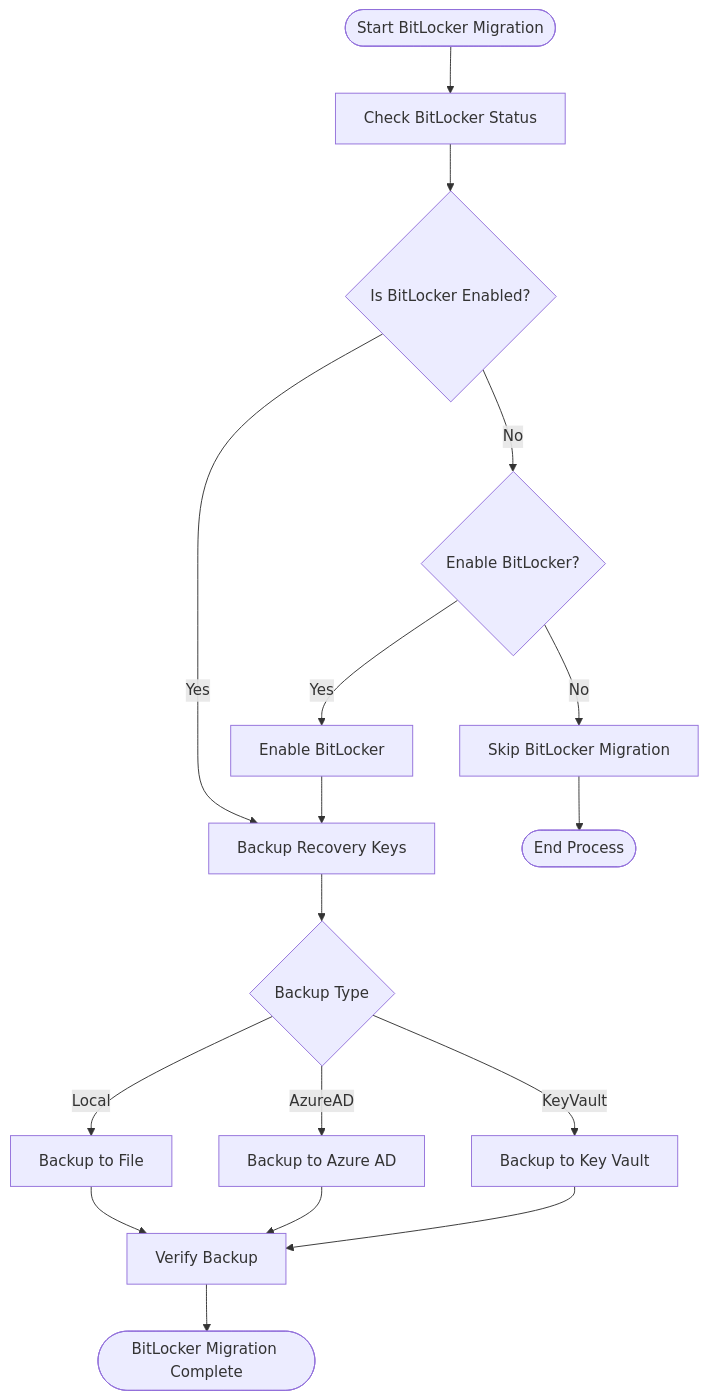
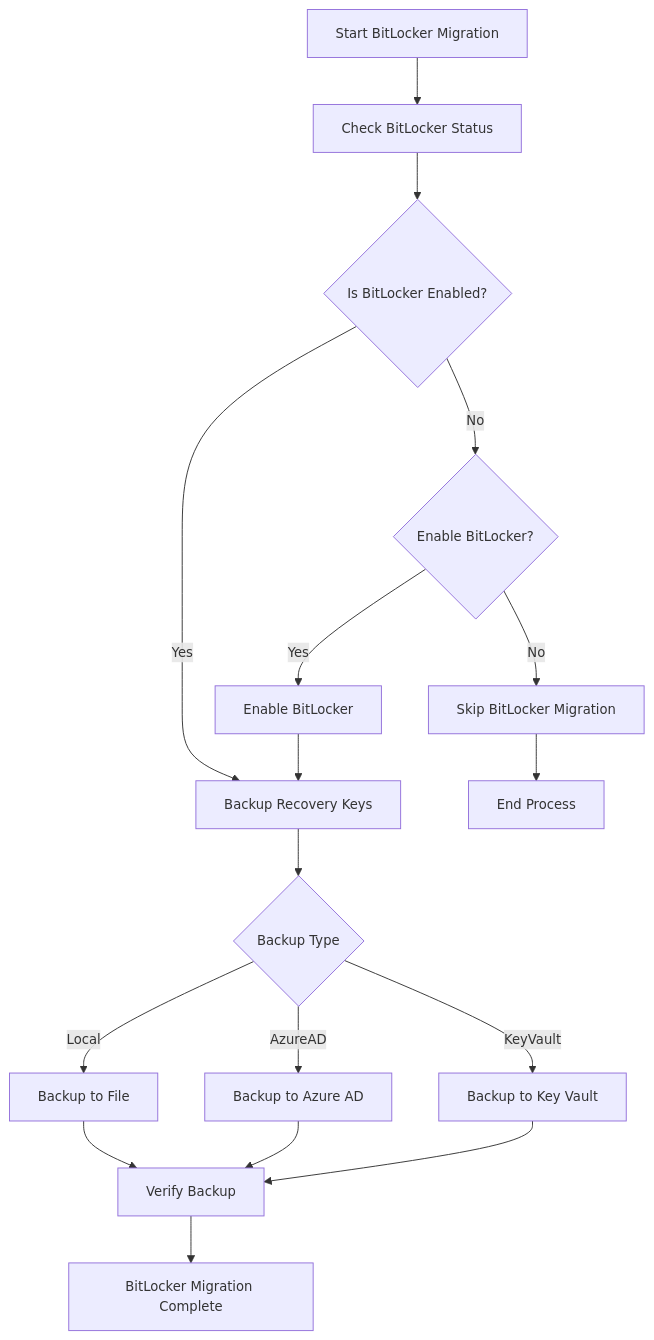
Before and after one commit to alphaminmax/Workspace-One-to-Azure-Intune-Migration-Toolkit-MVP-Edition: the second of 5 diagrams in docs/Workflow-Diagrams.md, drawn with Mermaid. The commit also changed other lines of this file and 10 other files, not shown here.

Commit message:
Added BitLocker-Management module

````diff
--- a/docs/Workflow-Diagrams.md
+++ b/docs/Workflow-Diagrams.md
@@ -24,19 +25,20 @@
 ```mermaid
-graph TD
-Start([Start BitLocker Migration]) --> CheckStatus[Check BitLocker Status]
-CheckStatus --> StatusCheck{Is BitLocker Enabled?}
-StatusCheck -->|Yes| BackupKeys[Backup Recovery Keys]
-StatusCheck -->|No| EnableCheck{Enable BitLocker?}
-EnableCheck -->|Yes| EnableBitLocker[Enable BitLocker]
-EnableCheck -->|No| Skip[Skip BitLocker Migration]
-EnableBitLocker --> BackupKeys
-BackupKeys --> BackupType{Backup Type}
-BackupType -->|Local| BackupToFile[Backup to File]
-BackupType -->|AzureAD| BackupToAzureAD[Backup to Azure AD]
-BackupType -->|KeyVault| BackupToKeyVault[Backup to Key Vault]
-BackupToFile --> Verify[Verify Backup]
-BackupToAzureAD --> Verify
-BackupToKeyVault --> Verify
-Verify --> Complete([BitLocker Migration Complete])
-Skip --> End([End Process])
+%%{init: {'theme': 'default', 'themeVariables': { 'primaryColor': '#5a7c9d', 'fontSize': '14px'}}}%%
+flowchart TD
+A[Start BitLocker Migration] --> B[Check BitLocker Status]
+B --> C{Is BitLocker Enabled?}
+C -->|Yes| D[Backup Recovery Keys]
+C -->|No| E{Enable BitLocker?}
+E -->|Yes| F[Enable BitLocker]
+E -->|No| G[Skip BitLocker Migration]
+F --> D
+D --> H{Backup Type}
+H -->|Local| I[Backup to File]
+H -->|AzureAD| J[Backup to Azure AD]
+H -->|KeyVault| K[Backup to Key Vault]
+I --> L[Verify Backup]
+J --> L
+K --> L
+L --> M[BitLocker Migration Complete]
+G --> N[End Process]
 ```
````
